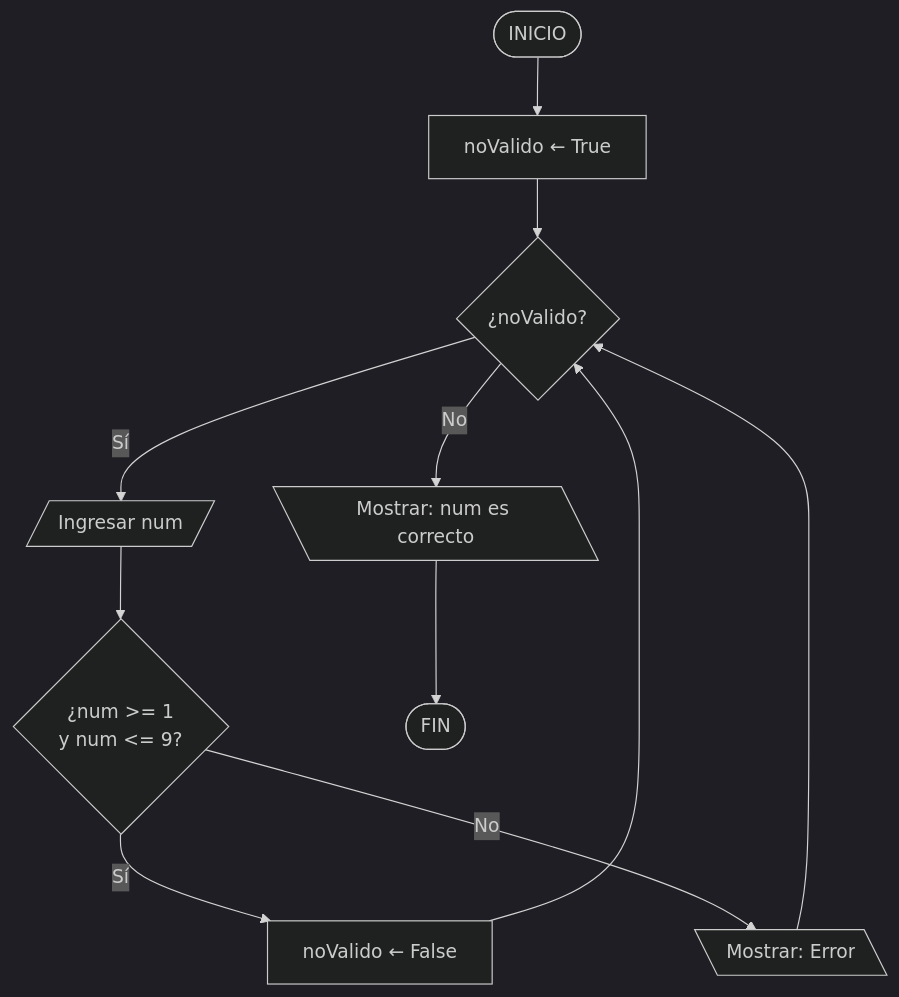
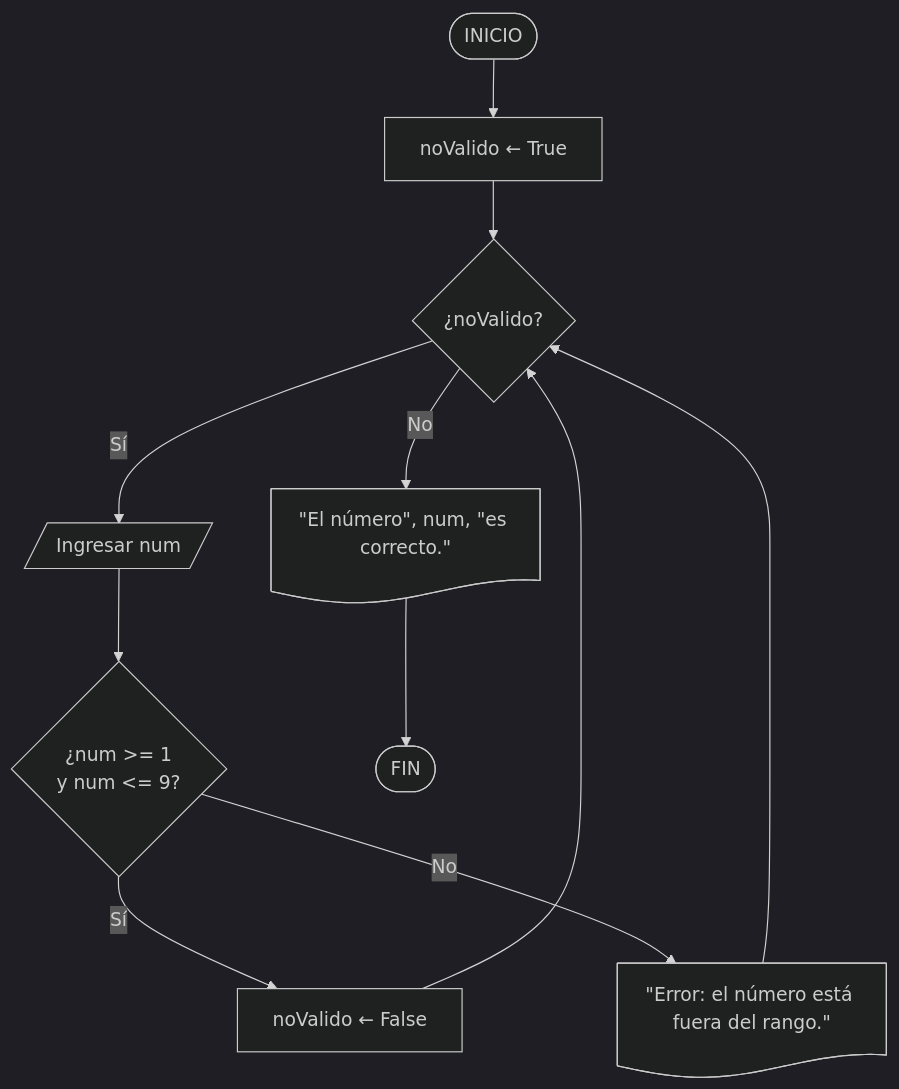
One commit to BenjaminSerrano/principios-programacion changed the fourth of 5 diagrams in docs/core/introduction/coding.md. Above: the diagram before and after it, drawn with Mermaid (dark theme). The commit also changed other lines of this file and 1 other file, not shown here.

First line of the commit message:
Corregir diagramas de flujo: símbolos y operadores

````diff
--- a/docs/core/introduction/coding.md
+++ b/docs/core/introduction/coding.md
@@ -330,13 +330,13 @@
         ``` mermaid
         flowchart TD
             A([INICIO]) --> B["noValido ← True"]
             B --> C{"¿noValido?"}
             C -->|Sí| D[/Ingresar num/]
             D --> E{"¿num >= 1\ny num <= 9?"}
             E -->|Sí| F["noValido ← False"]
-            E -->|No| G[\"Mostrar: Error"\]
+            E -->|No| G@{ shape: doc, label: "\"Error: el número está fuera del rango.\"" }
             F --> C
             G --> C
-            C -->|No| H[\"Mostrar: num es correcto"\]
+            C -->|No| H@{ shape: doc, label: "\"El número\", num, \"es correcto.\"" }
             H --> I([FIN])
         ```
````
